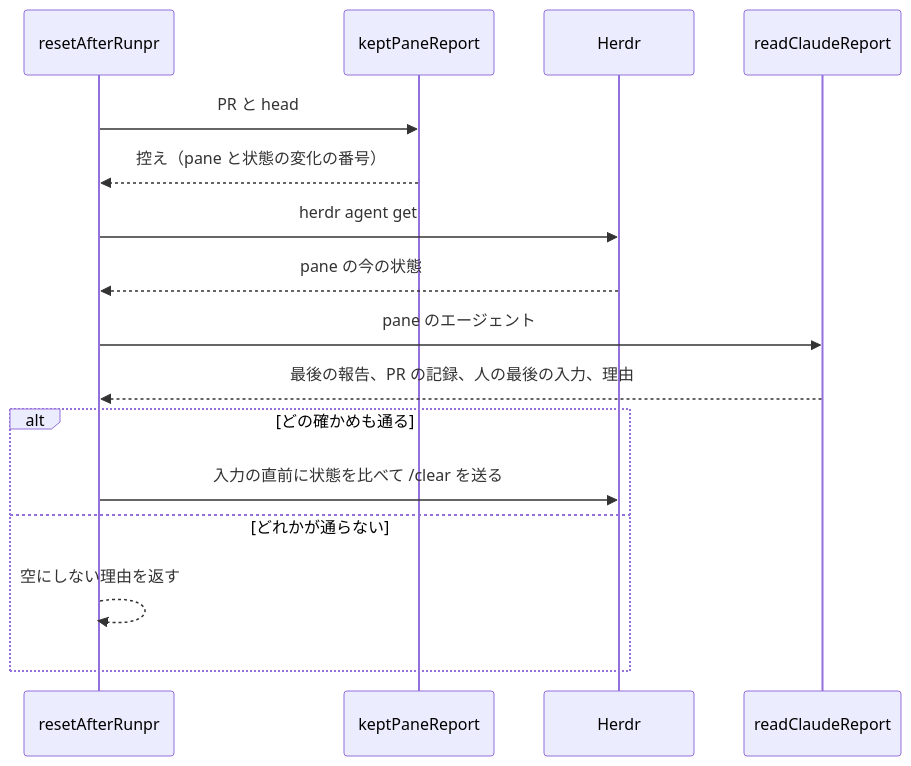
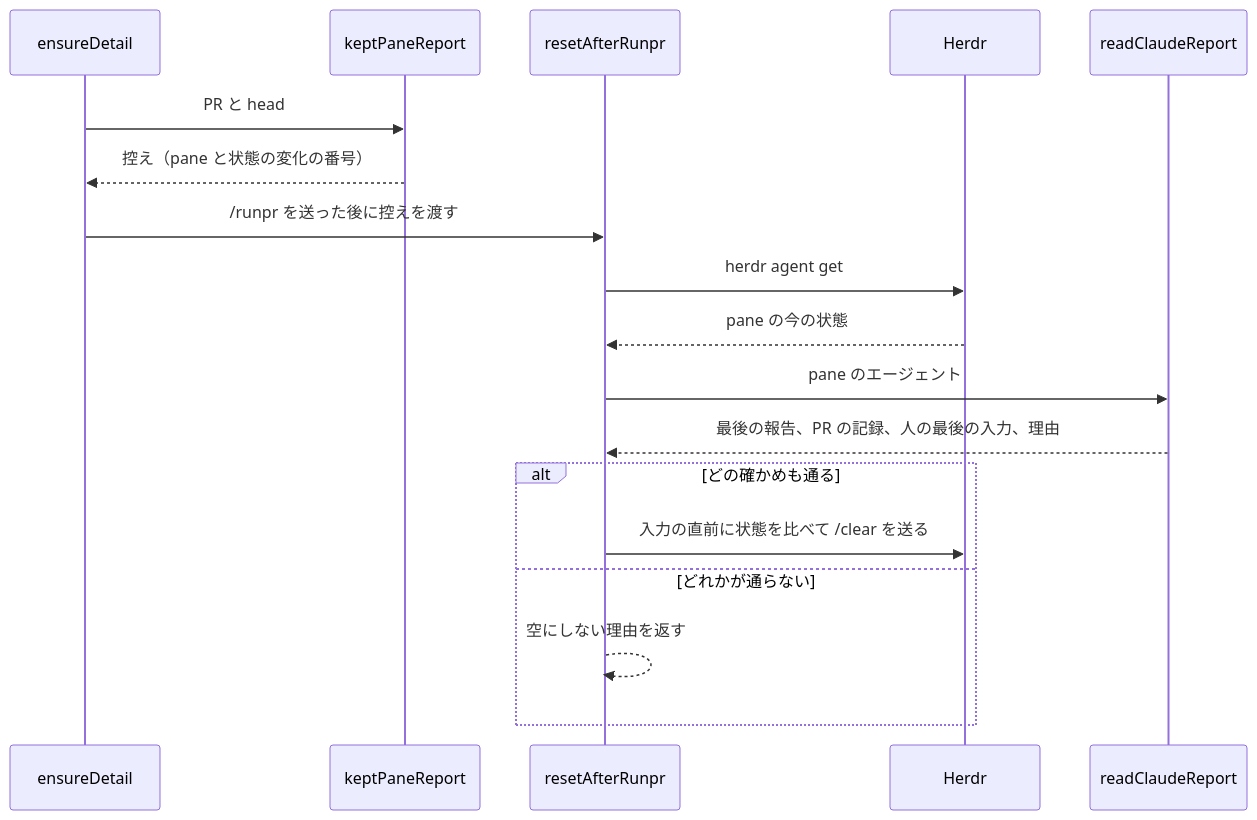
Before and after one commit to isseis/yt2column: the seventh of 7 diagrams in docs/tasks/0095_chief_transcript_report/02_architecture.md, drawn with Mermaid. The commit also changed other lines of this file and 1 other file, not shown here.

````diff
--- a/docs/tasks/0095_chief_transcript_report/02_architecture.md
+++ b/docs/tasks/0095_chief_transcript_report/02_architecture.md
@@ -636,19 +639,21 @@
 ```mermaid
 sequenceDiagram
+    participant Q as ensureDetail
+    participant K as keptPaneReport
     participant S as resetAfterRunpr
-    participant K as keptPaneReport
     participant H as Herdr
     participant E as readClaudeReport
 
-    S->>K: PR と head
-    K-->>S: 控え（pane と状態の変化の番号）
+    Q->>K: PR と head
+    K-->>Q: 控え（pane と状態の変化の番号）
+    Q->>S: /runpr を送った後に控えを渡す
     S->>H: herdr agent get
     H-->>S: pane の今の状態
     S->>E: pane のエージェント
     E-->>S: 最後の報告、PR の記録、人の最後の入力、理由
     alt どの確かめも通る
         S->>H: 入力の直前に状態を比べて /clear を送る
     else どれかが通らない
         S-->>S: 空にしない理由を返す
     end
 ```
````
